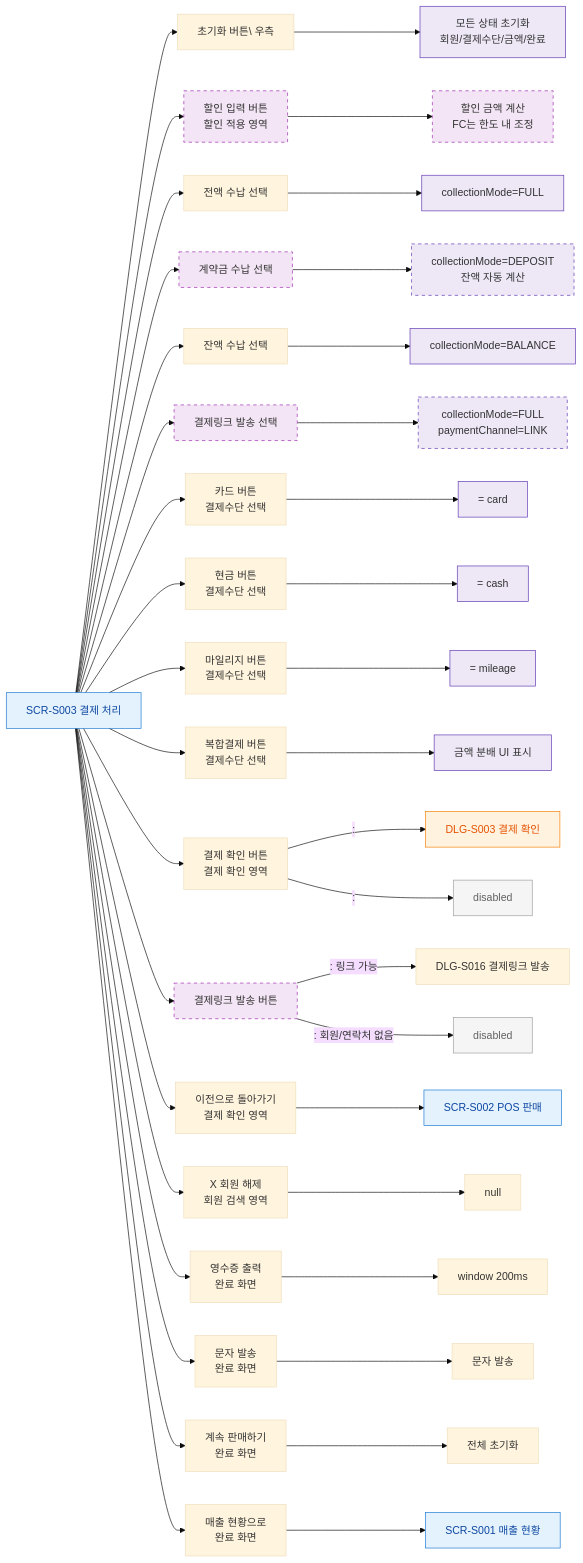
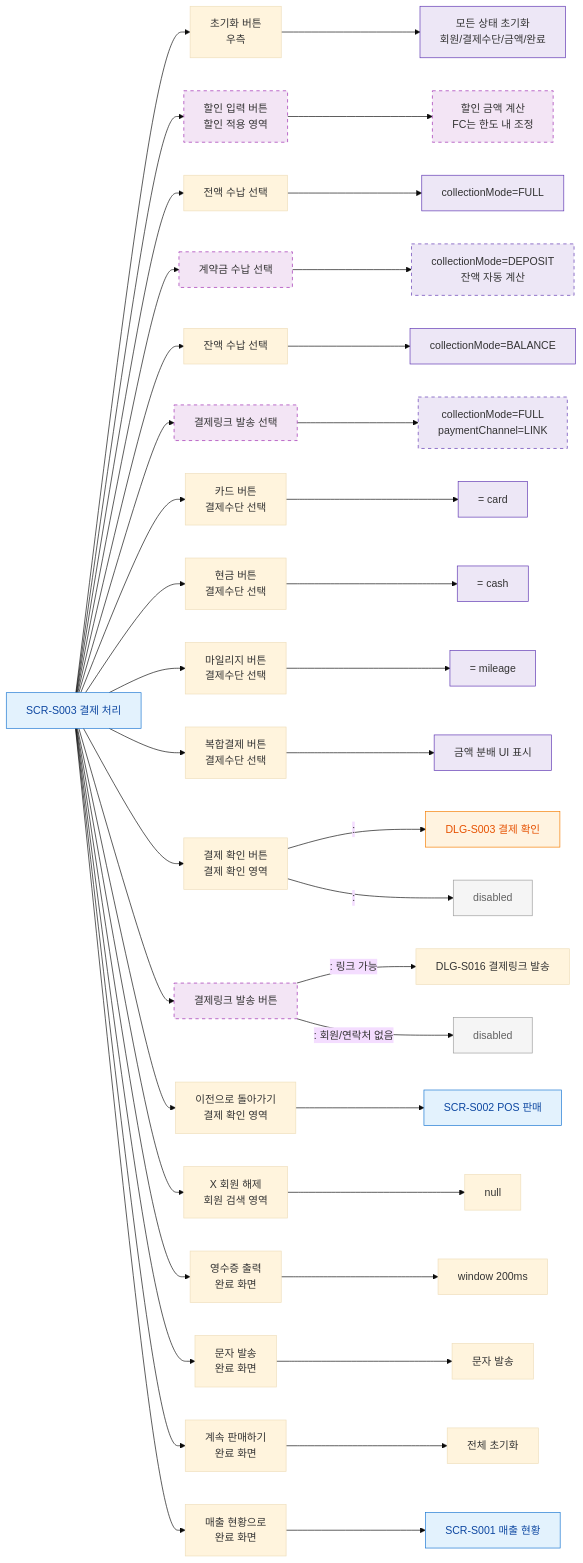
Before and after one commit to dev-spogym/admin-pando: the diagram in docs/admin/다이어그램/D03_매출관리/SCR-S003_결제처리/F3_버튼액션.md, drawn with Mermaid (base theme). The commit also changed 369 other files, not shown here.

````diff
--- a/docs/admin/다이어그램/D03_매출관리/SCR-S003_결제처리/F3_버튼액션.md
+++ b/docs/admin/다이어그램/D03_매출관리/SCR-S003_결제처리/F3_버튼액션.md
@@ -18,56 +18,56 @@
 ```mermaid
 flowchart LR
     S003[SCR-S003 결제 처리]
 
-    S003 --> BTN_RESET[초기화 버튼\ 우측]
+    S003 --> BTN_RESET[초기화 버튼<br/> 우측]
     S003 --> BTN_DISCOUNT[할인 입력 버튼\n할인 적용 영역]
     S003 --> BTN_MODE_FULL[전액 수납 선택]
     S003 --> BTN_MODE_DEPOSIT[계약금 수납 선택]
     S003 --> BTN_MODE_BALANCE[잔액 수납 선택]
     S003 --> BTN_MODE_LINK[결제링크 발송 선택]
     S003 --> BTN_CARD[카드 버튼\n결제수단 선택]
     S003 --> BTN_CASH[현금 버튼\n결제수단 선택]
     S003 --> BTN_MILEAGE[마일리지 버튼\n결제수단 선택]
     S003 --> BTN_MIXED[복합결제 버튼\n결제수단 선택]
     S003 --> BTN_CONFIRM[결제 확인 버튼\n결제 확인 영역]
     S003 --> BTN_LINK_SEND[결제링크 발송 버튼]
     S003 --> BTN_BACK[이전으로 돌아가기\n결제 확인 영역]
     S003 --> BTN_MEMBER_CLEAR[X 회원 해제\n회원 검색 영역]
     S003 --> BTN_RECEIPT[영수증 출력\n완료 화면]
     S003 --> BTN_SMS[문자 발송\n완료 화면]
     S003 --> BTN_CONTINUE[계속 판매하기\n완료 화면]
     S003 --> BTN_TO_SALES[매출 현황으로\n완료 화면]
 
     BTN_RESET --> STATE_RESET[모든 상태 초기화\n회원/결제수단/금액/완료]
     BTN_DISCOUNT --> DISCOUNT_APPLY[할인 금액 계산\nFC는 한도 내 조정]
     BTN_MODE_FULL --> MODE_FULL[collectionMode=FULL]
     BTN_MODE_DEPOSIT --> MODE_DEPOSIT[collectionMode=DEPOSIT\n잔액 자동 계산]
     BTN_MODE_BALANCE --> MODE_BALANCE[collectionMode=BALANCE]
     BTN_MODE_LINK --> MODE_LINK[collectionMode=FULL\npaymentChannel=LINK]
     BTN_CARD --> METHOD_CARD[= card]
     BTN_CASH --> METHOD_CASH[= cash]
     BTN_MILEAGE --> METHOD_MILEAGE[= mileage]
     BTN_MIXED --> METHOD_MIXED[금액 분배 UI 표시]
     BTN_CONFIRM -->|": "|DLG_S003[DLG-S003 결제 확인]
     BTN_CONFIRM -->|": "|DISABLED[disabled]
     BTN_LINK_SEND -->|": 링크 가능"|DLG_S016[DLG-S016 결제링크 발송]
     BTN_LINK_SEND -->|": 회원/연락처 없음"|DISABLED_LINK[disabled]
     BTN_BACK --> SCR_S002[SCR-S002 POS 판매]
     BTN_MEMBER_CLEAR --> MEMBER_NULL[null]
     BTN_RECEIPT --> PRINT[window 200ms]
     BTN_SMS --> SMS_SEND[문자 발송]
     BTN_CONTINUE --> RESET_ALL[전체 초기화]
     BTN_TO_SALES --> SCR_S001[SCR-S001 매출 현황]
 
     classDef screen fill:#E3F2FD,stroke:#1976D2,color:#0D47A1
     classDef modal fill:#FFF3E0,stroke:#F57C00,color:#E65100
     classDef newFeature fill:#F3E5F5,stroke:#9C27B0,stroke-dasharray:5 5
     classDef system fill:#EDE7F6,stroke:#5E35B2
     classDef rbacBlocked fill:#F5F5F5,stroke:#9E9E9E,color:#616161
 
     class S003,SCR_S002,SCR_S001 screen
     class DLG_S003 modal
     class BTN_DISCOUNT,DISCOUNT_APPLY,BTN_MODE_DEPOSIT,BTN_MODE_LINK,MODE_DEPOSIT,MODE_LINK,BTN_LINK_SEND newFeature
     class STATE_RESET,METHOD_CARD,METHOD_CASH,METHOD_MILEAGE,METHOD_MIXED,MODE_FULL,MODE_DEPOSIT,MODE_BALANCE,MODE_LINK system
     class DISABLED,DISABLED_LINK rbacBlocked
 ```
````
